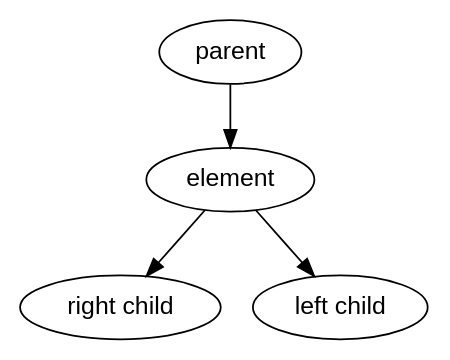
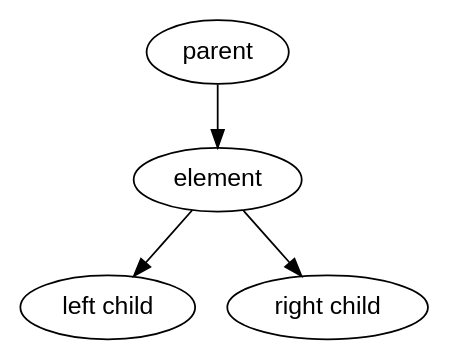
One commit to aaronbloomfield/pdr changed the diagram in slides/graphs/tree-diagram.dot. Above: the diagram before and after it, drawn with Graphviz. The commit also changed 13 other files, not shown here.

```diff
--- a/slides/graphs/tree-diagram.dot
+++ b/slides/graphs/tree-diagram.dot
@@ -1,11 +1,11 @@
 digraph G {
 	graph [fontname = "Helvetica"];
 	node [fontname = "Helvetica"];
 	edge [fontname = "Helvetica"];
 	parent -> element;
+	left [label="left child"];
+	element -> left;
 	right [label="right child"];
 	element -> right;
-	left [label="left child"];
-	element -> left;
-	{rank=same right -> left [style=invis]};
+	{rank=same left -> right [style=invis]};
 }
```
